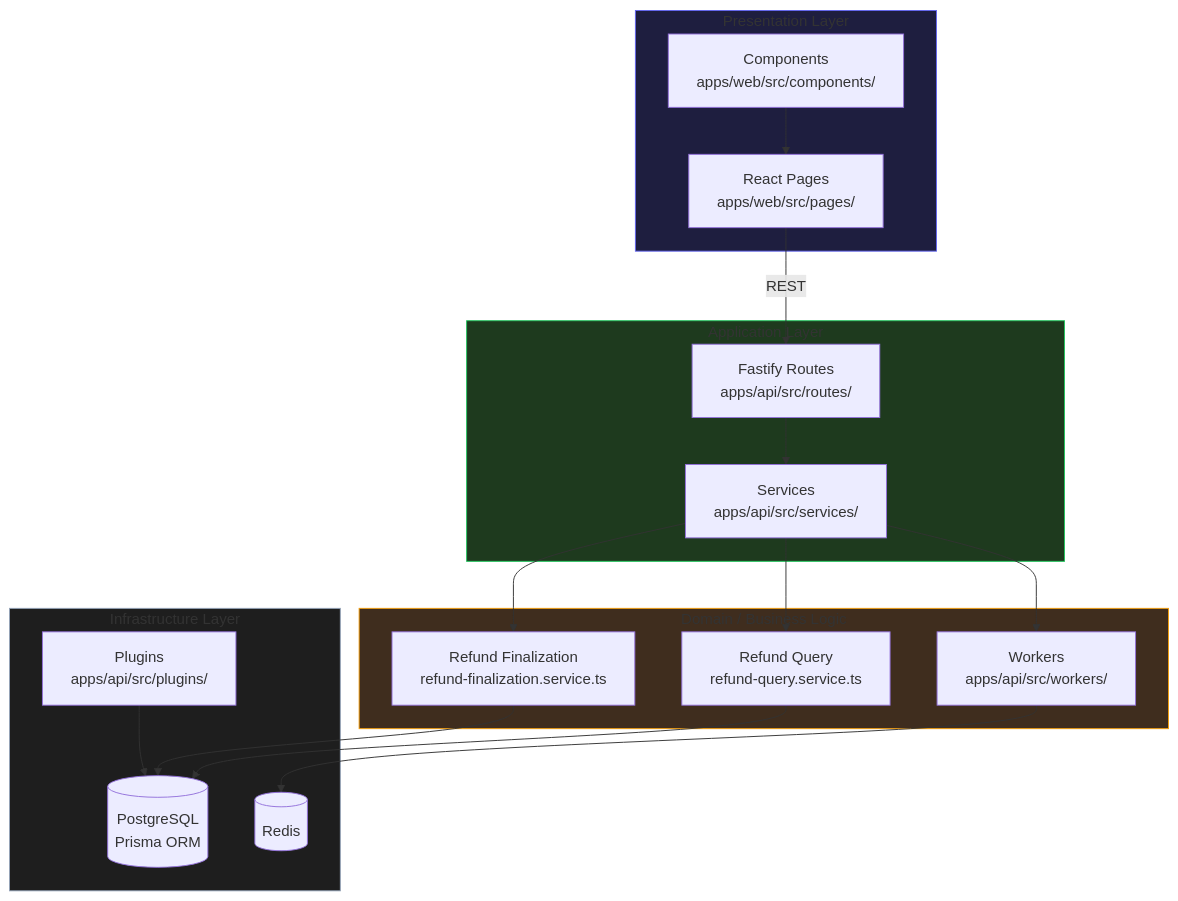
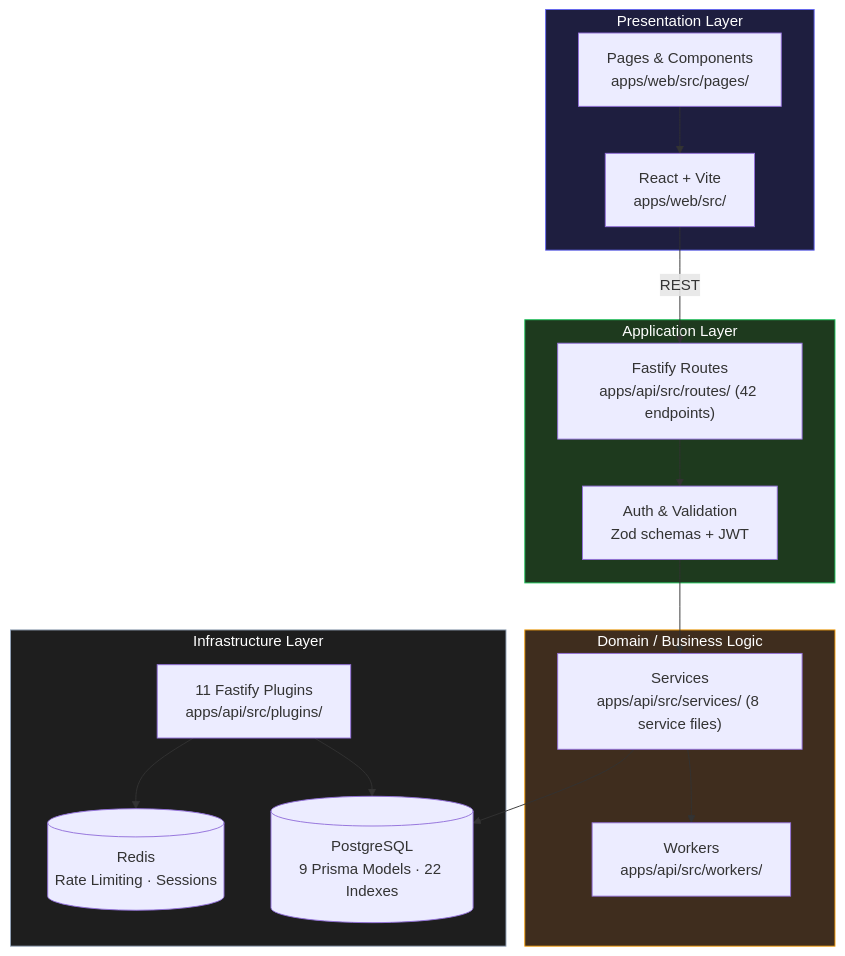
One commit to Tamoura/Claude-Code-creates-the-SW-company changed the eighth of 12 diagrams in products/stablecoin-gateway/docs/AUDIT-REPORT.md. Above: the diagram before and after it, drawn with Mermaid. The commit also changed other lines of this file and 9 other files, not shown here.

````diff
--- a/products/stablecoin-gateway/docs/AUDIT-REPORT.md
+++ b/products/stablecoin-gateway/docs/AUDIT-REPORT.md
@@ -299,37 +471,34 @@
 ```mermaid
 graph TD
     subgraph PRESENTATION["Presentation Layer"]
-        WEB["React Pages\napps/web/src/pages/"]
-        COMP["Components\napps/web/src/components/"]
+        WEB["React + Vite<br/>apps/web/src/"]
+        PAGES["Pages & Components<br/>apps/web/src/pages/"]
     end
     subgraph APPLICATION["Application Layer"]
-        ROUTES["Fastify Routes\napps/api/src/routes/"]
-        SERVICES["Services\napps/api/src/services/"]
+        ROUTES["Fastify Routes<br/>apps/api/src/routes/ (42 endpoints)"]
+        MIDDLEWARE["Auth & Validation<br/>Zod schemas + JWT"]
     end
     subgraph DOMAIN["Domain / Business Logic"]
-        FINALIZATION["Refund Finalization\nrefund-finalization.service.ts"]
-        QUERY["Refund Query\nrefund-query.service.ts"]
-        WORKERS["Workers\napps/api/src/workers/"]
+        SERVICES["Services<br/>apps/api/src/services/ (8 service files)"]
+        WORKERS["Workers<br/>apps/api/src/workers/"]
     end
     subgraph INFRA["Infrastructure Layer"]
-        DB[("PostgreSQL\nPrisma ORM")]
-        PLUGINS["Plugins\napps/api/src/plugins/"]
-        CACHE[("Redis")]
+        DB[("PostgreSQL<br/>9 Prisma Models · 22 Indexes")]
+        PLUGINS["11 Fastify Plugins<br/>apps/api/src/plugins/"]
+        CACHE[("Redis<br/>Rate Limiting · Sessions")]
     end
 
     WEB -->|"REST"| ROUTES
-    COMP --> WEB
-    ROUTES --> SERVICES
-    SERVICES --> FINALIZATION
-    SERVICES --> QUERY
+    PAGES --> WEB
+    ROUTES --> MIDDLEWARE
+    MIDDLEWARE --> SERVICES
     SERVICES --> WORKERS
-    FINALIZATION --> DB
-    QUERY --> DB
+    SERVICES --> DB
     PLUGINS --> DB
-    WORKERS --> CACHE
+    PLUGINS --> CACHE
 
-    style PRESENTATION fill:#1e1e3f,stroke:#6366f1
-    style APPLICATION fill:#1e3a1e,stroke:#22c55e
-    style DOMAIN fill:#3f2d1e,stroke:#f59e0b
-    style INFRA fill:#1e1e1e,stroke:#94a3b8
+    style PRESENTATION fill:#1e1e3f,stroke:#6366f1,color:#fff
+    style APPLICATION fill:#1e3a1e,stroke:#22c55e,color:#fff
+    style DOMAIN fill:#3f2d1e,stroke:#f59e0b,color:#fff
+    style INFRA fill:#1e1e1e,stroke:#94a3b8,color:#fff
 ```
````
